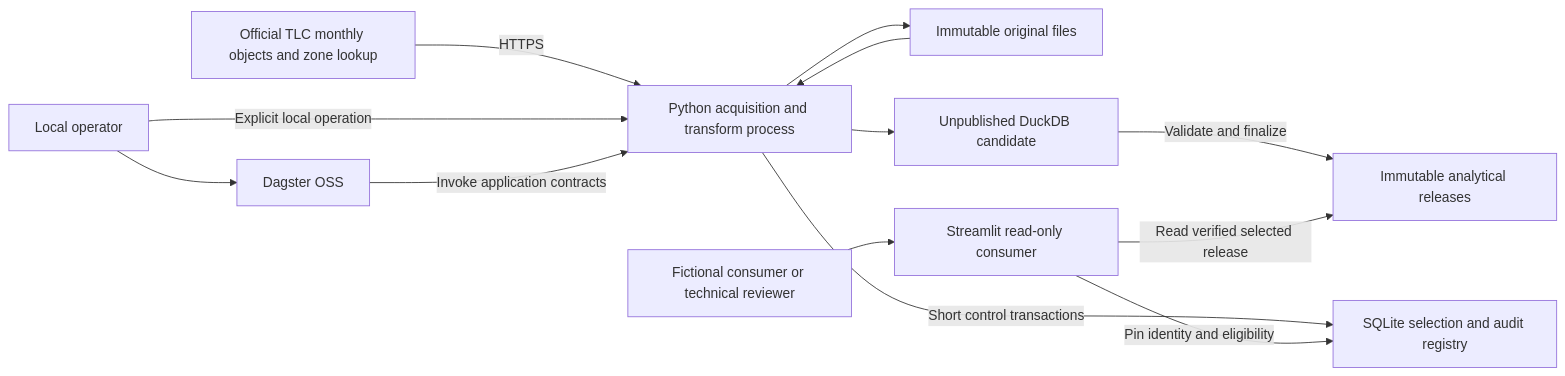
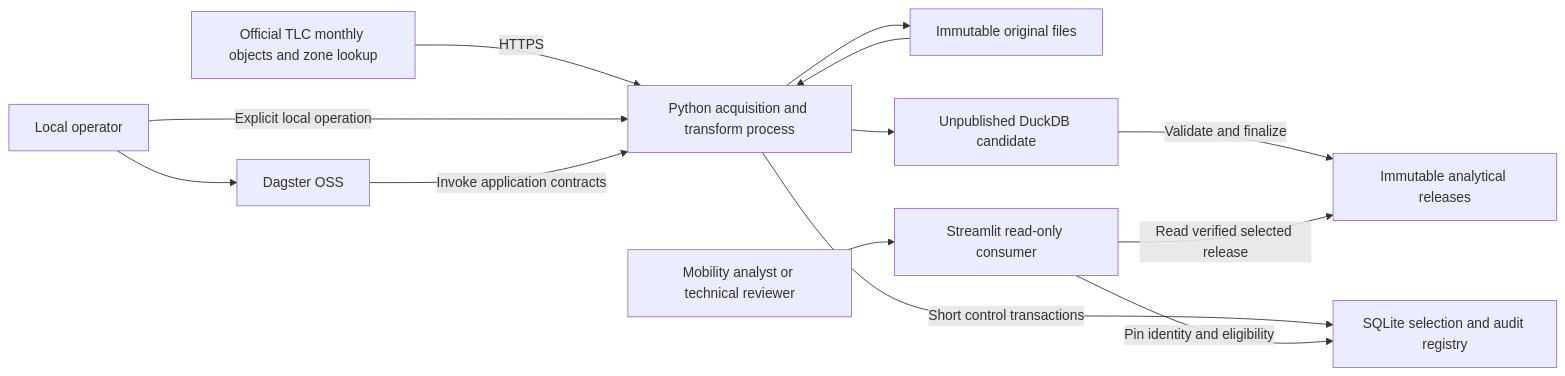
Before and after one commit to emilianodesu/nyc-mobility-data-platform: the first of 3 diagrams in docs/architecture/diagrams.md, drawn with Mermaid. The commit also changed other lines of this file and 44 other files, not shown here.

````diff
--- a/docs/architecture/diagrams.md
+++ b/docs/architecture/diagrams.md
@@ -7,15 +7,15 @@
 ```mermaid
 flowchart LR
     TLC[Official TLC monthly objects and zone lookup] -->|HTTPS| Worker[Python acquisition and transform process]
     Operator[Local operator] --> Scheduler[Dagster OSS]
     Operator -->|Explicit local operation| Worker
     Scheduler -->|Invoke application contracts| Worker
     Worker --> Raw[Immutable original files]
     Raw --> Worker
     Worker --> Candidate[Unpublished DuckDB candidate]
     Candidate -->|Validate and finalize| Releases[Immutable analytical releases]
     Worker -->|Short control transactions| Registry[SQLite selection and audit registry]
     Reader[Streamlit read-only consumer] -->|Pin identity and eligibility| Registry
     Reader -->|Read verified selected release| Releases
-    Reviewer[Fictional consumer or technical reviewer] --> Reader
+    Reviewer[Mobility analyst or technical reviewer] --> Reader
 ```
````
